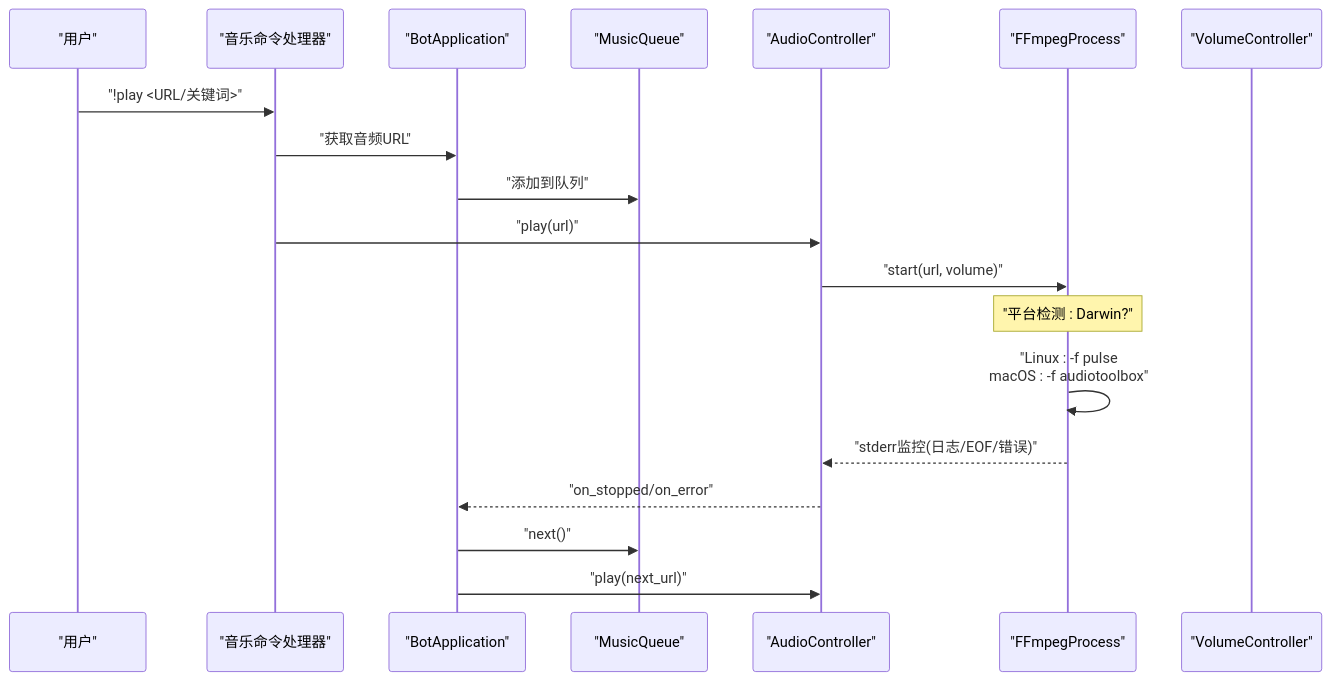
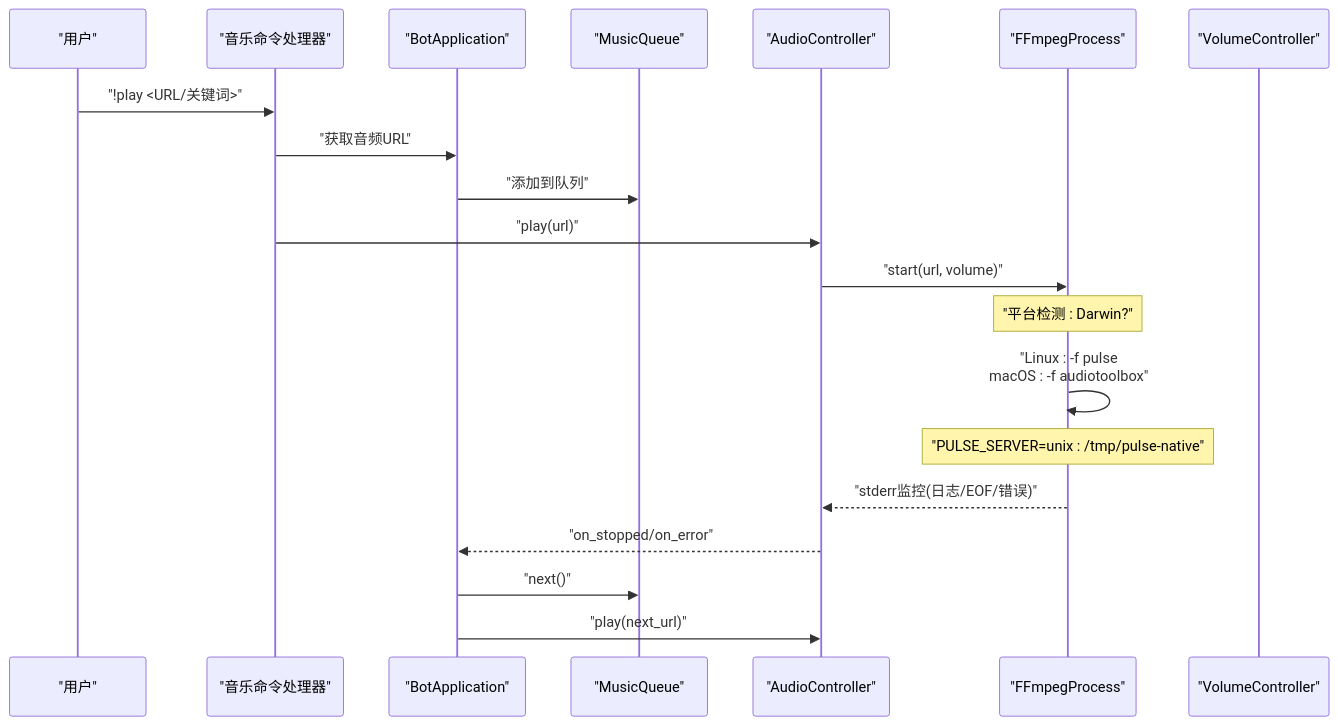
One commit to GhoulOwl/Teamspeak3_Bot changed the second of 7 diagrams in .qoder/repowiki/zh/content/音乐播放系统/FFmpeg集成.md. Above: the diagram before and after it, drawn with Mermaid. The commit also changed other lines of this file and 4 other files, not shown here.

````diff
--- a/.qoder/repowiki/zh/content/音乐播放系统/FFmpeg集成.md
+++ b/.qoder/repowiki/zh/content/音乐播放系统/FFmpeg集成.md
@@ -103,21 +118,22 @@
 ```mermaid
 sequenceDiagram
 participant U as "用户"
 participant CMD as "音乐命令处理器"
 participant APP as "BotApplication"
 participant MQ as "MusicQueue"
 participant AC as "AudioController"
 participant FF as "FFmpegProcess"
 participant VC as "VolumeController"
 U->>CMD : "!play <URL/关键词>"
 CMD->>APP : "获取音频URL"
 APP->>MQ : "添加到队列"
 CMD->>AC : "play(url)"
 AC->>FF : "start(url, volume)"
 Note over FF : "平台检测 : Darwin?"
 FF->>FF : "Linux : -f pulse<br/>macOS : -f audiotoolbox"
+Note over FF : "PULSE_SERVER=unix : /tmp/pulse-native"
 FF-->>AC : "stderr监控(日志/EOF/错误)"
 AC-->>APP : "on_stopped/on_error"
 APP->>MQ : "next()"
 APP->>AC : "play(next_url)"
 ```
````
